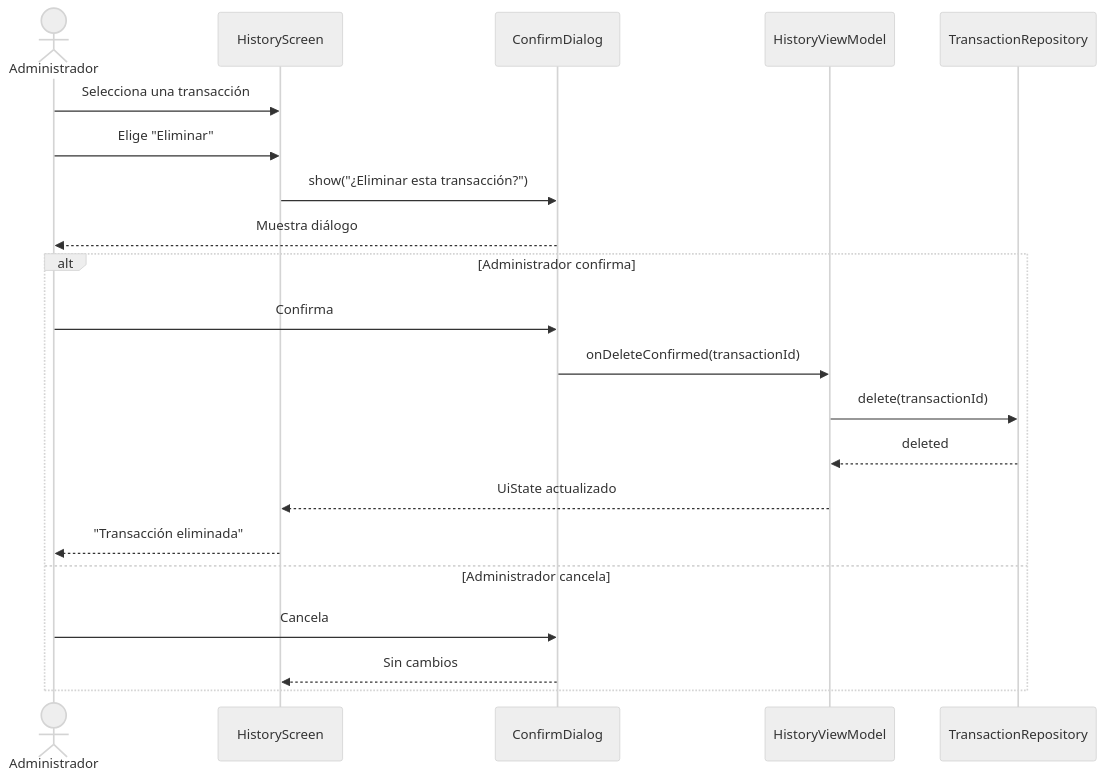
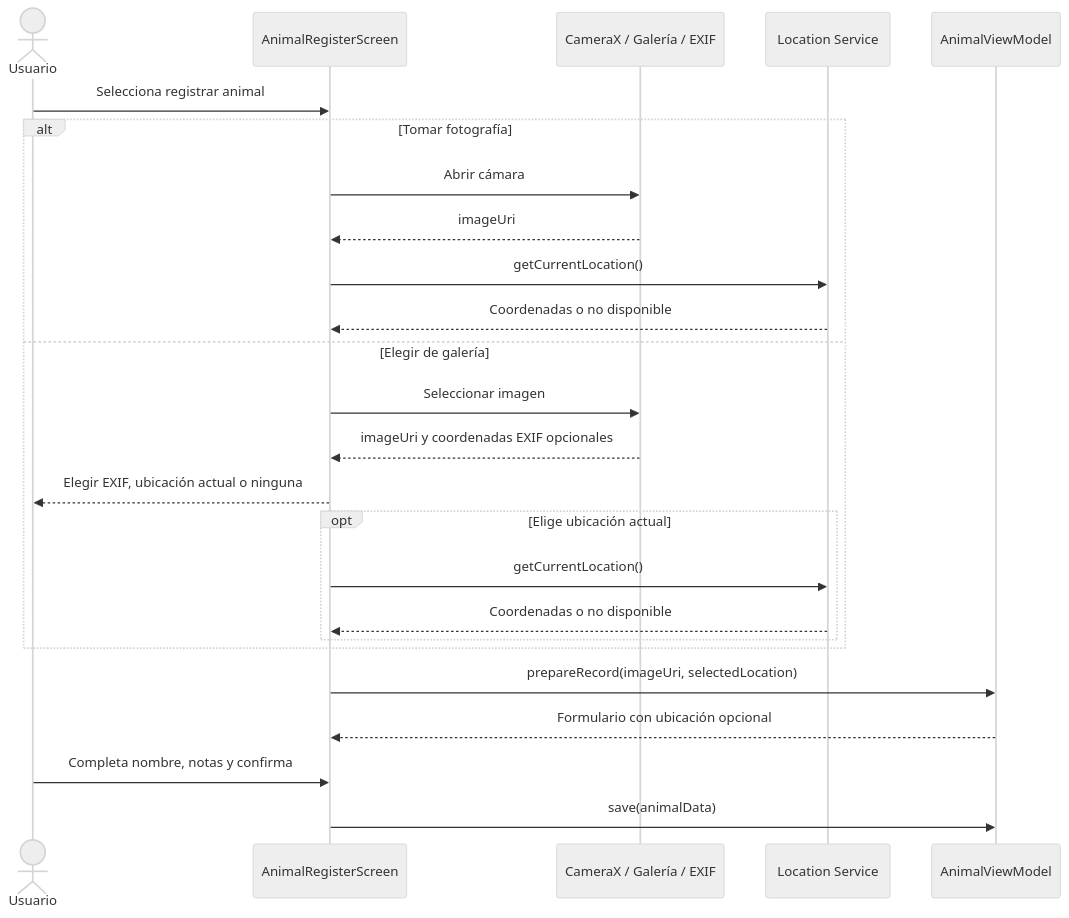
Before and after one commit to PUJ-ICM-1131/SGE: the sixth of 11 diagrams in docs/3-casos-uso-uml/diagramas_secuencia.md, drawn with Mermaid (neutral theme). The commit also changed other lines of this file and 1 other file, not shown here.

Commit message:
diagramas de secuencia y actividad

````diff
--- a/docs/3-casos-uso-uml/diagramas_secuencia.md
+++ b/docs/3-casos-uso-uml/diagramas_secuencia.md
@@ -140,25 +289,28 @@
 ```mermaid
 sequenceDiagram
-    actor Admin as Administrador
-    participant Hist as HistoryScreen
-    participant Dialog as ConfirmDialog
-    participant VM as HistoryViewModel
-    participant Repo as TransactionRepository
+    actor Usuario
+    participant UI as AnimalRegisterScreen
+    participant Media as CameraX / Galería / EXIF
+    participant GPS as Location Service
+    participant VM as AnimalViewModel
 
-    Admin->>Hist: Selecciona una transacción
-    Admin->>Hist: Elige "Eliminar"
-    Hist->>Dialog: show("¿Eliminar esta transacción?")
-    Dialog-->>Admin: Muestra diálogo
-
-    alt Administrador confirma
-        Admin->>Dialog: Confirma
-        Dialog->>VM: onDeleteConfirmed(transactionId)
-        VM->>Repo: delete(transactionId)
-        Repo-->>VM: deleted
-        VM-->>Hist: UiState actualizado
-        Hist-->>Admin: "Transacción eliminada"
-    else Administrador cancela
-        Admin->>Dialog: Cancela
-        Dialog-->>Hist: Sin cambios
+    Usuario->>UI: Selecciona registrar animal
+    alt Tomar fotografía
+        UI->>Media: Abrir cámara
+        Media-->>UI: imageUri
+        UI->>GPS: getCurrentLocation()
+        GPS-->>UI: Coordenadas o no disponible
+    else Elegir de galería
+        UI->>Media: Seleccionar imagen
+        Media-->>UI: imageUri y coordenadas EXIF opcionales
+        UI-->>Usuario: Elegir EXIF, ubicación actual o ninguna
+        opt Elige ubicación actual
+            UI->>GPS: getCurrentLocation()
+            GPS-->>UI: Coordenadas o no disponible
+        end
     end
+    UI->>VM: prepareRecord(imageUri, selectedLocation)
+    VM-->>UI: Formulario con ubicación opcional
+    Usuario->>UI: Completa nombre, notas y confirma
+    UI->>VM: save(animalData)
 ```
````
